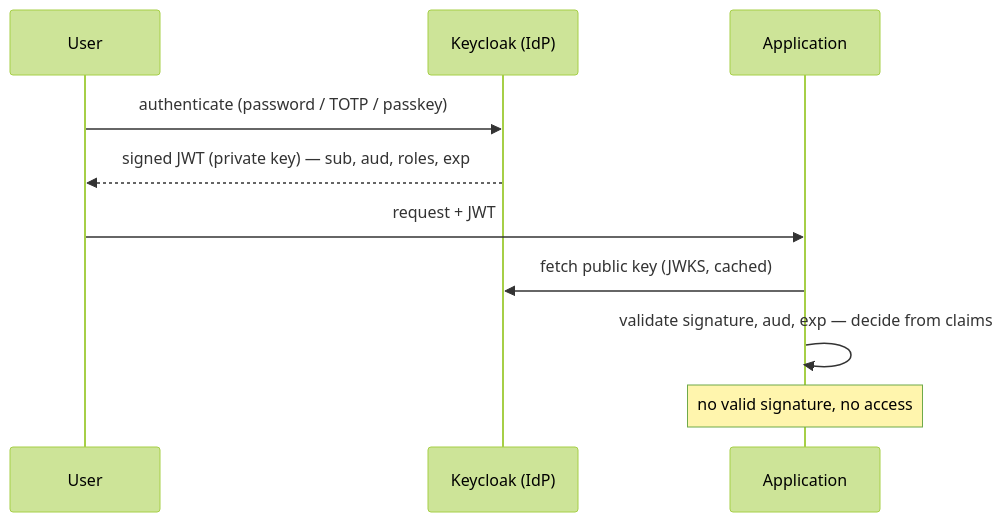
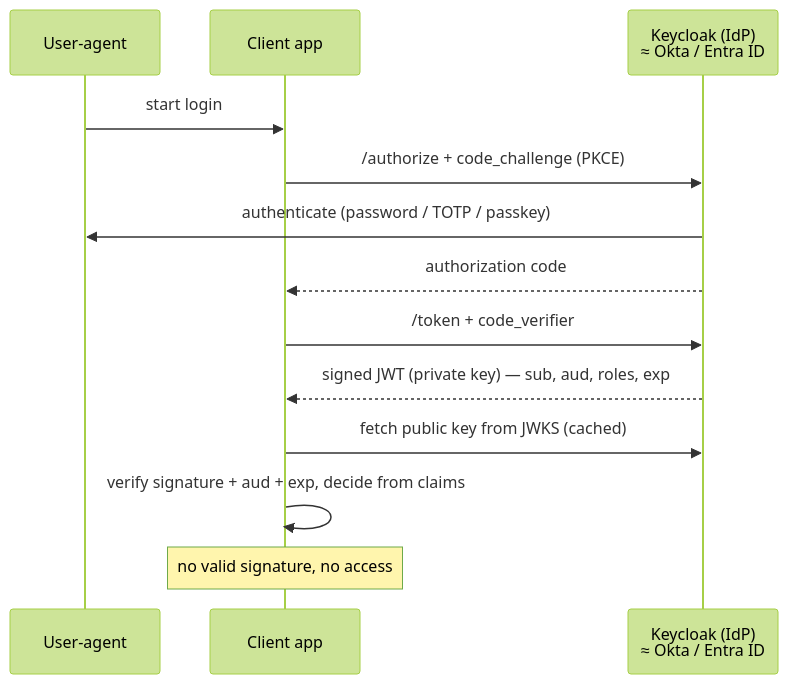
Before and after one commit to plaintext-security/plaintext: the first of 4 diagrams in tracks/11-ztna/modules/02-identity-control-plane/README.md, drawn with Mermaid (forest theme). The commit also changed other lines of this file and 24 other files, not shown here.

````diff
--- a/tracks/11-ztna/modules/02-identity-control-plane/README.md
+++ b/tracks/11-ztna/modules/02-identity-control-plane/README.md
@@ -66,12 +66,15 @@
 ```mermaid
 sequenceDiagram
-    participant U as User
-    participant K as Keycloak (IdP)
-    participant A as Application
-    U->>K: authenticate (password / TOTP / passkey)
-    K-->>U: signed JWT (private key) — sub, aud, roles, exp
-    U->>A: request + JWT
-    A->>K: fetch public key (JWKS, cached)
-    A->>A: validate signature, aud, exp — decide from claims
-    Note over A: no valid signature, no access
+    participant U as User-agent
+    participant App as Client app
+    participant KC as Keycloak (IdP)<br/>≈ Okta / Entra ID
+    U->>App: start login
+    App->>KC: /authorize + code_challenge (PKCE)
+    KC->>U: authenticate (password / TOTP / passkey)
+    KC-->>App: authorization code
+    App->>KC: /token + code_verifier
+    KC-->>App: signed JWT (private key) — sub, aud, roles, exp
+    App->>KC: fetch public key from JWKS (cached)
+    App->>App: verify signature + aud + exp, decide from claims
+    Note over App: no valid signature, no access
 ```
````
